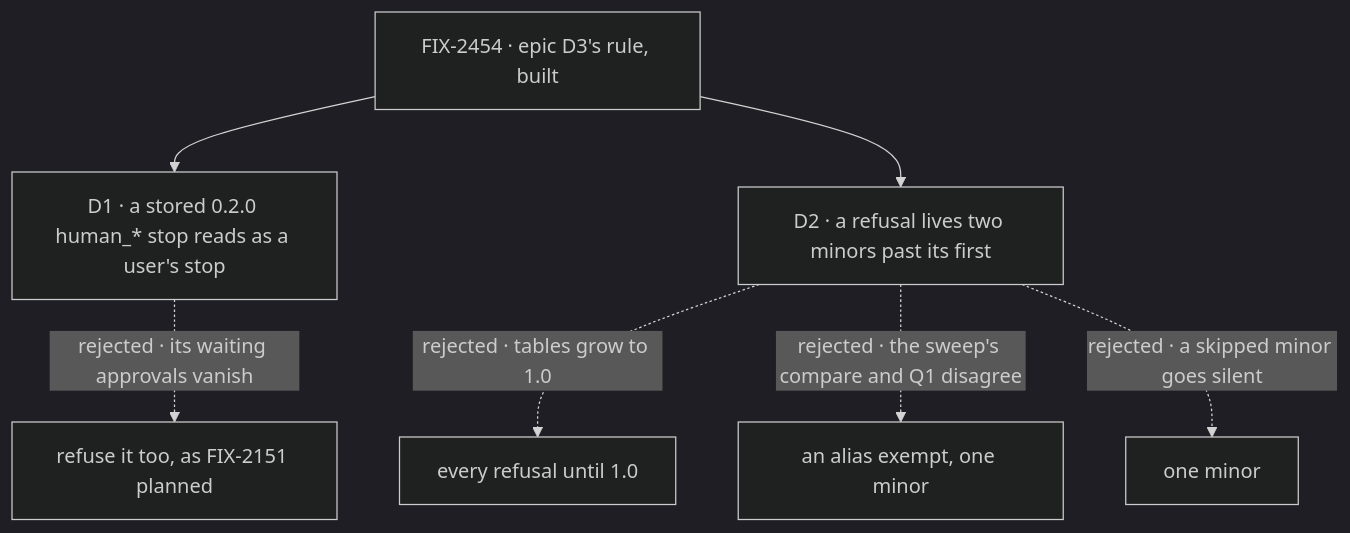
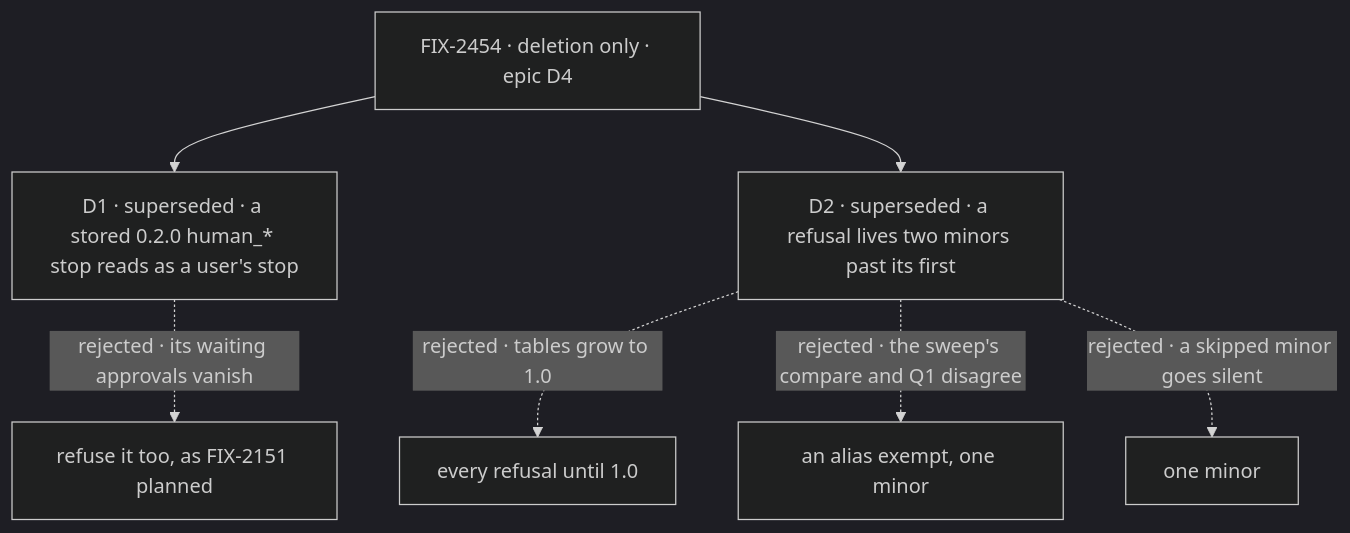
The diagram in specs/issues/FIX-2454/DECISIONS.md (fixpoint-labs/flow-state-dev), drawn with Mermaid (dark theme) before and after one commit. The commit also changed other lines of this file and 44 other files, not shown here.

````diff
--- a/specs/issues/FIX-2454/DECISIONS.md
+++ b/specs/issues/FIX-2454/DECISIONS.md
@@ -10,9 +12,9 @@
 ```mermaid
 flowchart TD
-  I["FIX-2454 · epic D3's rule, built"] --> D1["D1 · a stored 0.2.0 human_* stop reads as a user's stop"]
+  I["FIX-2454 · deletion only · epic D4"] --> D1["D1 · superseded · a stored 0.2.0 human_* stop reads as a user's stop"]
   D1 -.->|"rejected · its waiting approvals vanish"| X1["refuse it too, as FIX-2151 planned"]
-  I --> D2["D2 · a refusal lives two minors past its first"]
+  I --> D2["D2 · superseded · a refusal lives two minors past its first"]
   D2 -.->|"rejected · tables grow to 1.0"| X2["every refusal until 1.0"]
   D2 -.->|"rejected · the sweep's compare and Q1 disagree"| X4["an alias exempt, one minor"]
   D2 -.->|"rejected · a skipped minor goes silent"| X3["one minor"]
 ```
````
